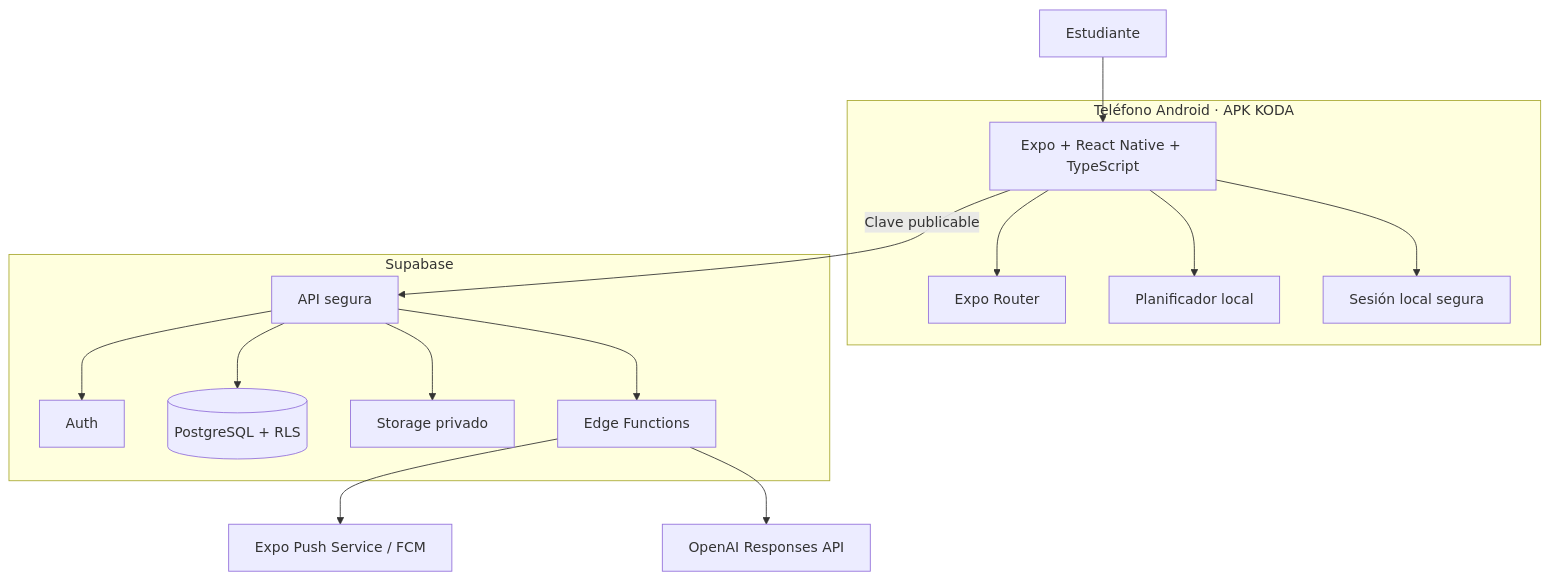
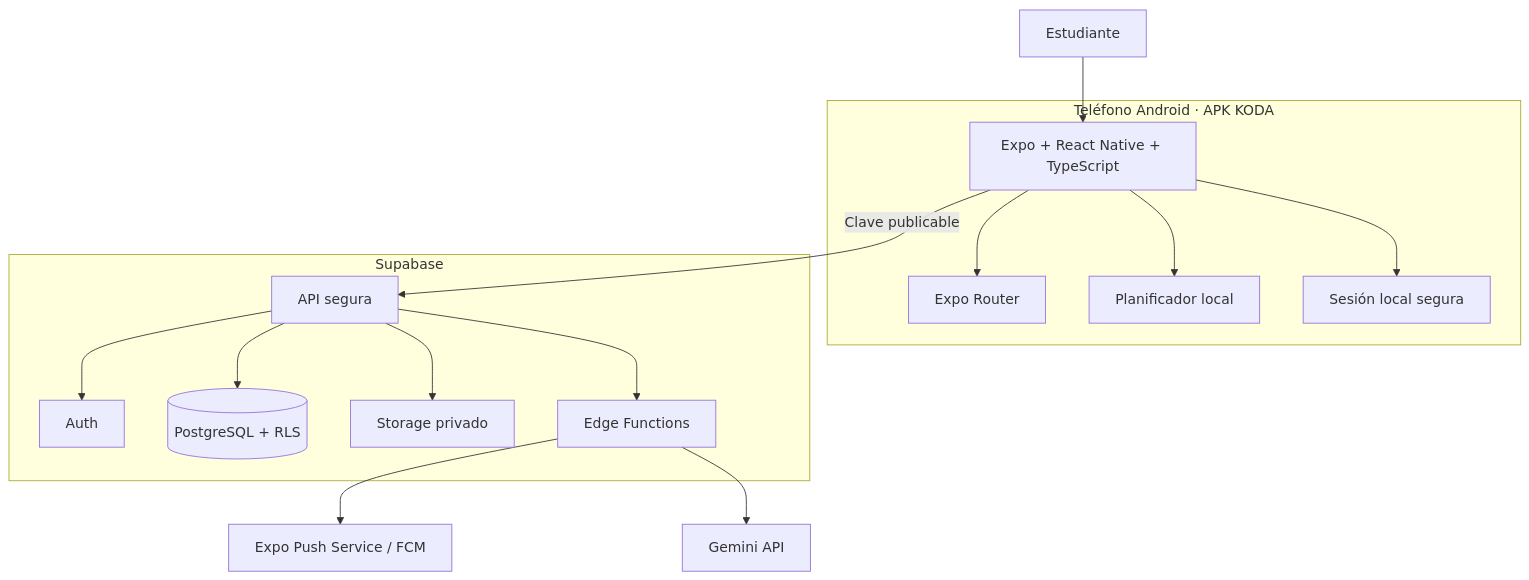
Before and after one commit to sebastianrosasq/KODA: the first of 2 diagrams in docs/SYSTEM_ARCHITECTURE.md, drawn with Mermaid. The commit also changed other lines of this file and 21 other files, not shown here.

```diff
--- a/docs/SYSTEM_ARCHITECTURE.md
+++ b/docs/SYSTEM_ARCHITECTURE.md
@@ -7,31 +7,31 @@
 ~~~mermaid
 flowchart TD
     student[Estudiante] --> app
 
     subgraph phone[Teléfono Android · APK KODA]
         app[Expo + React Native + TypeScript]
         router[Expo Router]
         planner[Planificador local]
         session[Sesión local segura]
         app --> router
         app --> planner
         app --> session
     end
 
     app -->|Clave publicable| supabase
 
     subgraph backend[Supabase]
         supabase[API segura]
         auth[Auth]
         db[(PostgreSQL + RLS)]
         storage[Storage privado]
         functions[Edge Functions]
         supabase --> auth
         supabase --> db
         supabase --> storage
         supabase --> functions
     end
 
     functions --> push[Expo Push Service / FCM]
-    functions --> ai[OpenAI Responses API]
+    functions --> ai[Gemini API]
 ~~~
```
